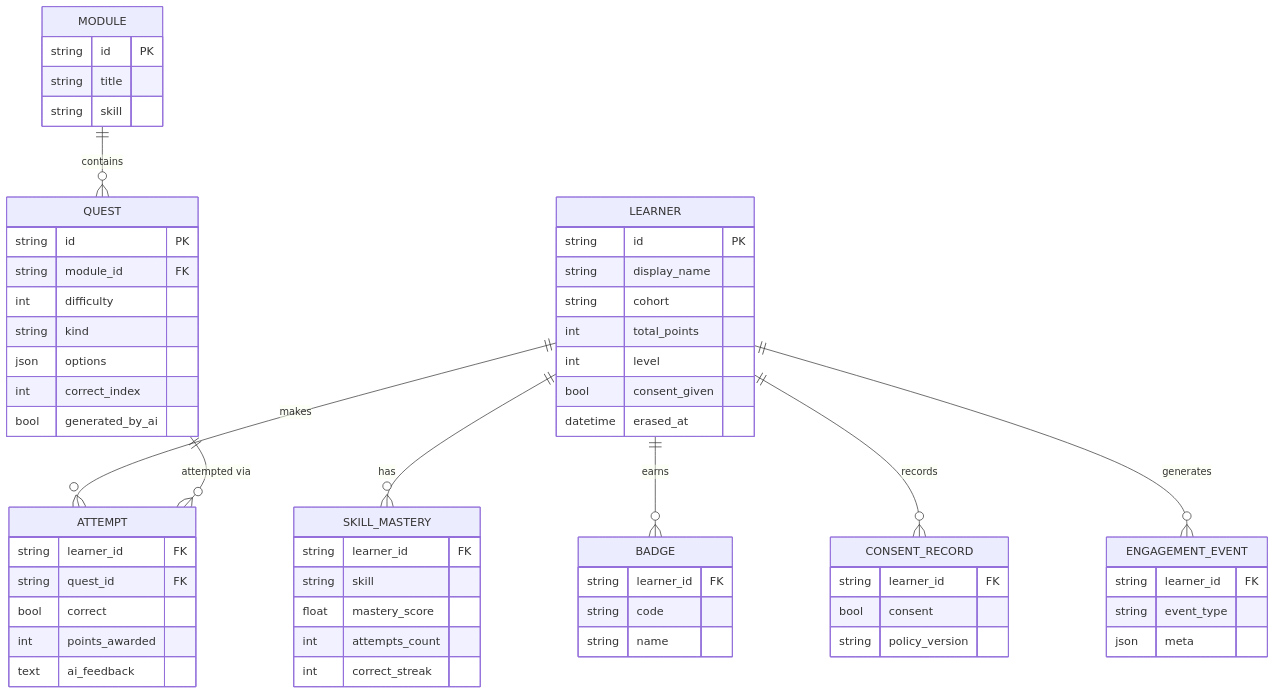
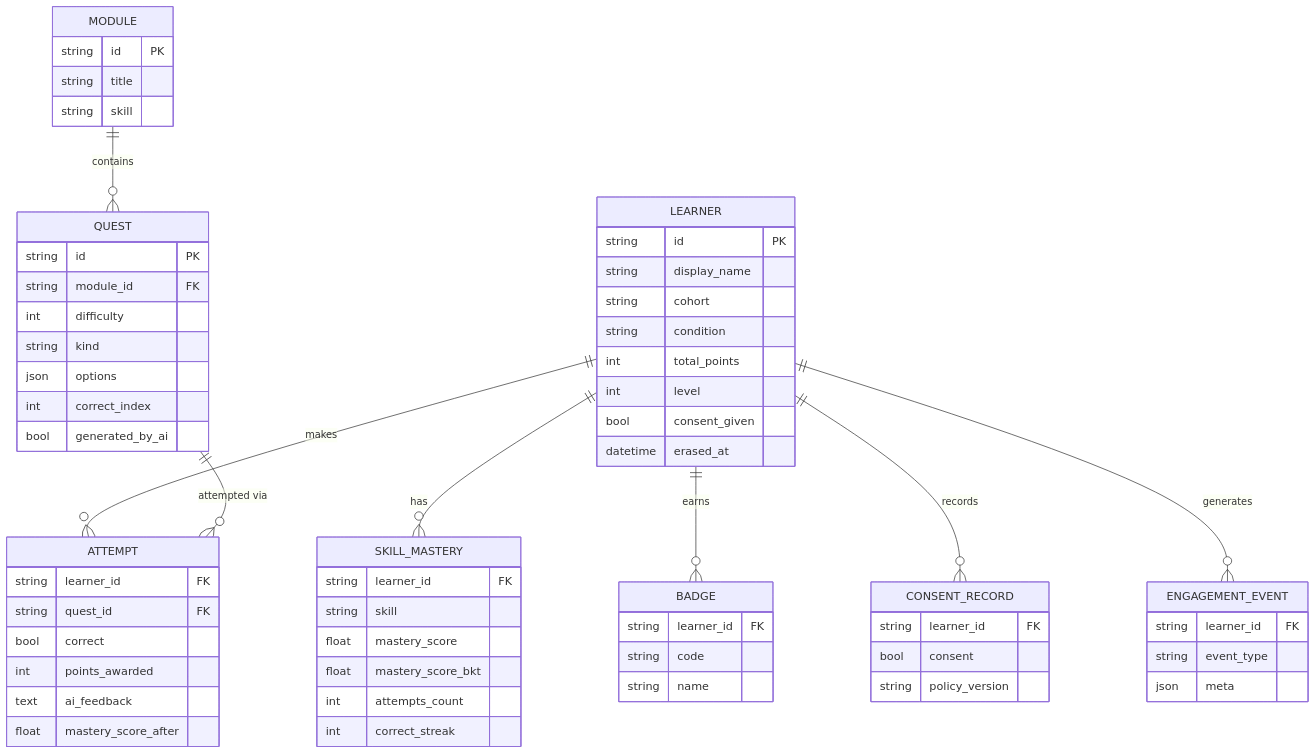
The third of 3 diagrams in docs/ARCHITECTURE.md (hgisuruudara/skillsphere_adaptive-training-platform), drawn with Mermaid before and after one commit. The commit also changed other lines of this file and 6 other files, not shown here.

````diff
--- a/docs/ARCHITECTURE.md
+++ b/docs/ARCHITECTURE.md
@@ -108,63 +118,66 @@
 ```mermaid
 erDiagram
     LEARNER ||--o{ SKILL_MASTERY : has
     LEARNER ||--o{ ATTEMPT : makes
     LEARNER ||--o{ BADGE : earns
     LEARNER ||--o{ CONSENT_RECORD : records
     LEARNER ||--o{ ENGAGEMENT_EVENT : generates
     MODULE ||--o{ QUEST : contains
     QUEST ||--o{ ATTEMPT : "attempted via"
 
     LEARNER {
         string id PK
         string display_name
         string cohort
+        string condition
         int total_points
         int level
         bool consent_given
         datetime erased_at
     }
     SKILL_MASTERY {
         string learner_id FK
         string skill
         float mastery_score
+        float mastery_score_bkt
         int attempts_count
         int correct_streak
     }
     MODULE {
         string id PK
         string title
         string skill
     }
     QUEST {
         string id PK
         string module_id FK
         int difficulty
         string kind
         json options
         int correct_index
         bool generated_by_ai
     }
     ATTEMPT {
         string learner_id FK
         string quest_id FK
         bool correct
         int points_awarded
         text ai_feedback
+        float mastery_score_after
     }
     BADGE {
         string learner_id FK
         string code
         string name
     }
     CONSENT_RECORD {
         string learner_id FK
         bool consent
         string policy_version
     }
     ENGAGEMENT_EVENT {
         string learner_id FK
         string event_type
         json meta
     }
 ```
````
